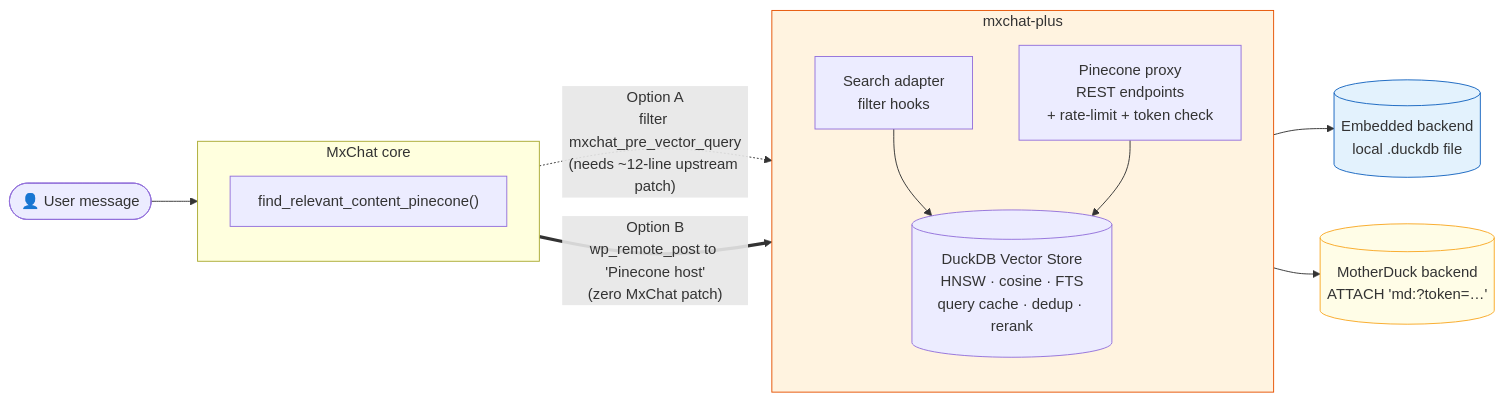
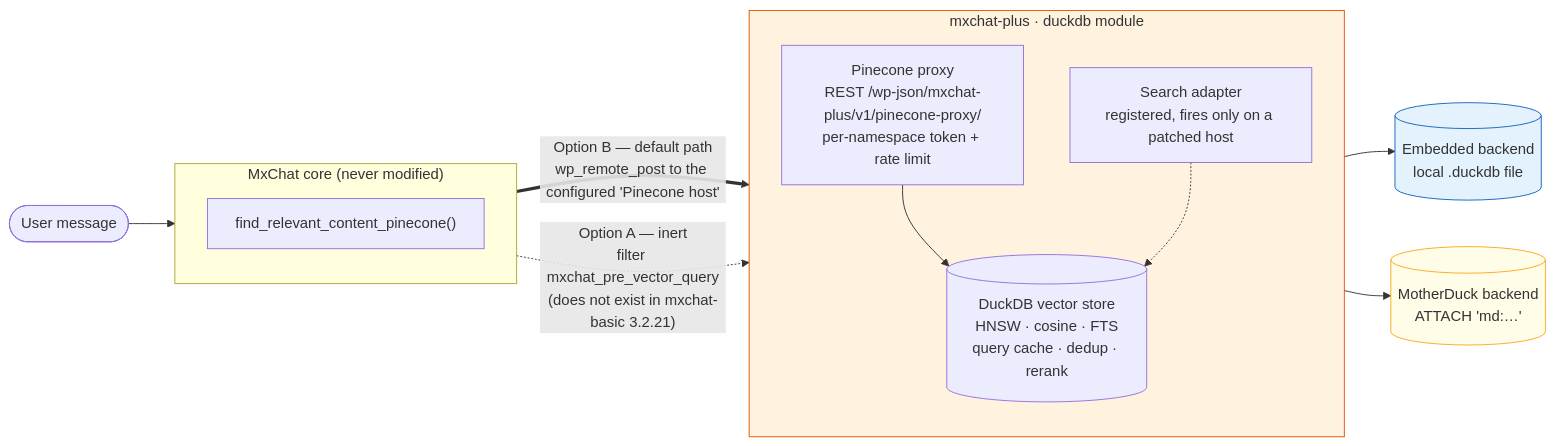
The first of 2 diagrams in docs/duckdb/ARCHITECTURE.md (PaulArgoud/MxChat-Plus), drawn with Mermaid before and after one commit. The commit also changed other lines of this file and 7 other files, not shown here.

First line of the commit message:
Add ARCHITECTURE.md and correct stale integration docs

````diff
--- a/docs/duckdb/ARCHITECTURE.md
+++ b/docs/duckdb/ARCHITECTURE.md
@@ -11,29 +21,29 @@
 ```mermaid
 flowchart LR
-    User([👤 User message])
+    User([User message])
     User --> MxChat
 
-    subgraph MxChat[MxChat core]
+    subgraph MxChat["MxChat core (never modified)"]
         direction TB
         Find["find_relevant_content_pinecone()"]
     end
 
-    Find -.->|"Option A<br/>filter mxchat_pre_vector_query<br/>(needs ~12-line upstream patch)"| Adapter
-    Find ==>|"Option B<br/>wp_remote_post to 'Pinecone host'<br/>(zero MxChat patch)"| Proxy
+    Find ==>|"Option B — default path<br/>wp_remote_post to the configured 'Pinecone host'"| Proxy
+    Find -.->|"Option A — inert<br/>filter mxchat_pre_vector_query<br/>(does not exist in mxchat-basic 3.2.21)"| Adapter
 
-    subgraph Plugin["mxchat-plus"]
+    subgraph Plugin["mxchat-plus · duckdb module"]
         direction TB
-        Adapter["Search adapter<br/>filter hooks"]
-        Proxy["Pinecone proxy<br/>REST endpoints<br/>+ rate-limit + token check"]
-        Store[("DuckDB Vector Store<br/>HNSW · cosine · FTS<br/>query cache · dedup · rerank")]
-        Adapter --> Store
+        Proxy["Pinecone proxy<br/>REST /wp-json/mxchat-plus/v1/pinecone-proxy/<br/>per-namespace token + rate limit"]
+        Adapter["Search adapter<br/>registered, fires only on a patched host"]
+        Store[("DuckDB vector store<br/>HNSW · cosine · FTS<br/>query cache · dedup · rerank")]
         Proxy --> Store
+        Adapter -.-> Store
     end
 
     Store --> Embedded[("Embedded backend<br/>local .duckdb file")]
-    Store --> MotherDuck[("MotherDuck backend<br/>ATTACH 'md:<db>?token=…'")]
+    Store --> MotherDuck[("MotherDuck backend<br/>ATTACH 'md:…'")]
 
     style Plugin fill:#fff3e0,stroke:#e65100
     style Embedded fill:#e3f2fd,stroke:#1565c0
     style MotherDuck fill:#fffde7,stroke:#f9a825
 ```
````
